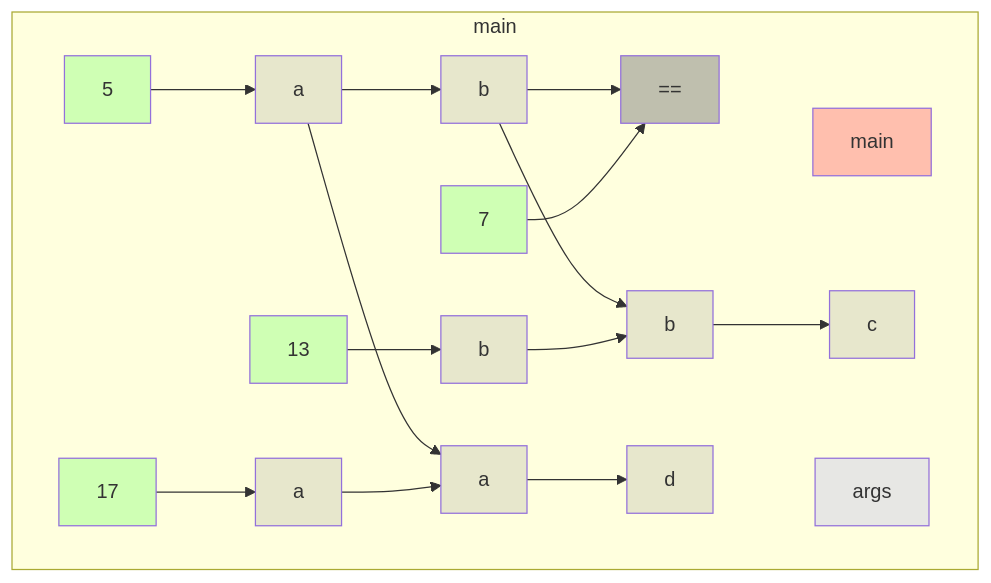
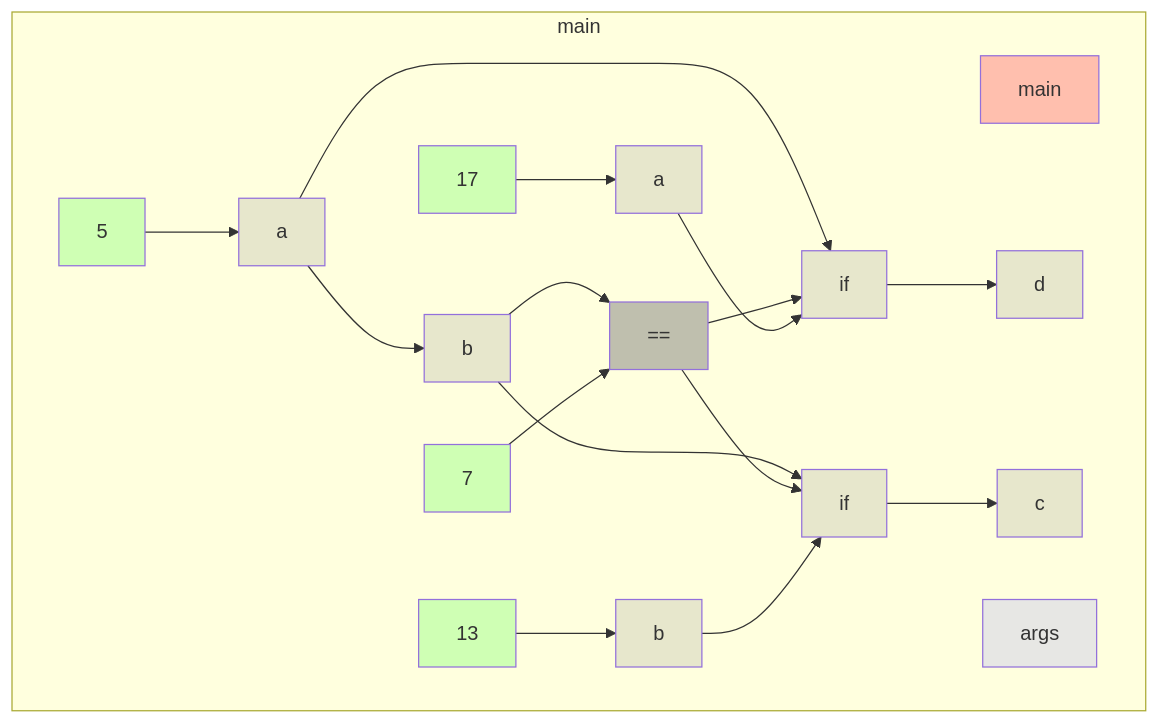
The diagram in app/src/test/resources/if1/truth.md (gstiebler/codeflow), drawn with Mermaid before and after one commit. The commit also changed 11 other files, not shown here.

````diff
--- a/app/src/test/resources/if1/truth.md
+++ b/app/src/test/resources/if1/truth.md
@@ -1,39 +1,41 @@
 ```mermaid
 flowchart TD
   subgraph b0["main"]
     n1[main]:::RETURN
     n2[args]:::FUNC_PARAM
     n3[5]:::LITERAL
     n4[a]:::VARIABLE
     n5[b]:::VARIABLE
     n6[7]:::LITERAL
     n7[==]:::BIN_OP
     n8[13]:::LITERAL
     n9[b]:::VARIABLE
     n10[17]:::LITERAL
     n11[a]:::VARIABLE
-    n12[a]:::VARIABLE
-    n13[b]:::VARIABLE
+    n12[if]:::VARIABLE
+    n13[if]:::VARIABLE
     n14[c]:::VARIABLE
     n15[d]:::VARIABLE
     n3[5]:::LITERAL --> n4[a]:::VARIABLE
     n4[a]:::VARIABLE --> n5[b]:::VARIABLE
-    n4[a]:::VARIABLE --> n12[a]:::VARIABLE
+    n4[a]:::VARIABLE --> n12[if]:::VARIABLE
     n5[b]:::VARIABLE --> n7[==]:::BIN_OP
-    n5[b]:::VARIABLE --> n13[b]:::VARIABLE
+    n5[b]:::VARIABLE --> n13[if]:::VARIABLE
     n6[7]:::LITERAL --> n7[==]:::BIN_OP
+    n7[==]:::BIN_OP --> n12[if]:::VARIABLE
+    n7[==]:::BIN_OP --> n13[if]:::VARIABLE
     n8[13]:::LITERAL --> n9[b]:::VARIABLE
-    n9[b]:::VARIABLE --> n13[b]:::VARIABLE
+    n9[b]:::VARIABLE --> n13[if]:::VARIABLE
     n10[17]:::LITERAL --> n11[a]:::VARIABLE
-    n11[a]:::VARIABLE --> n12[a]:::VARIABLE
-    n12[a]:::VARIABLE --> n15[d]:::VARIABLE
-    n13[b]:::VARIABLE --> n14[c]:::VARIABLE
+    n11[a]:::VARIABLE --> n12[if]:::VARIABLE
+    n12[if]:::VARIABLE --> n15[d]:::VARIABLE
+    n13[if]:::VARIABLE --> n14[c]:::VARIABLE
   end
   classDef LITERAL fill:#00FF0030
   classDef VARIABLE fill:#80808030
   classDef BIN_OP fill:#80808080
   classDef FUNC_PARAM fill:#8080FF30
   classDef RETURN fill:#FF808080
   classDef EXTERNAL fill:#FFA50040
   classDef UNMODELLED fill:#FF000030,stroke-dasharray: 4 2
 ```
````
